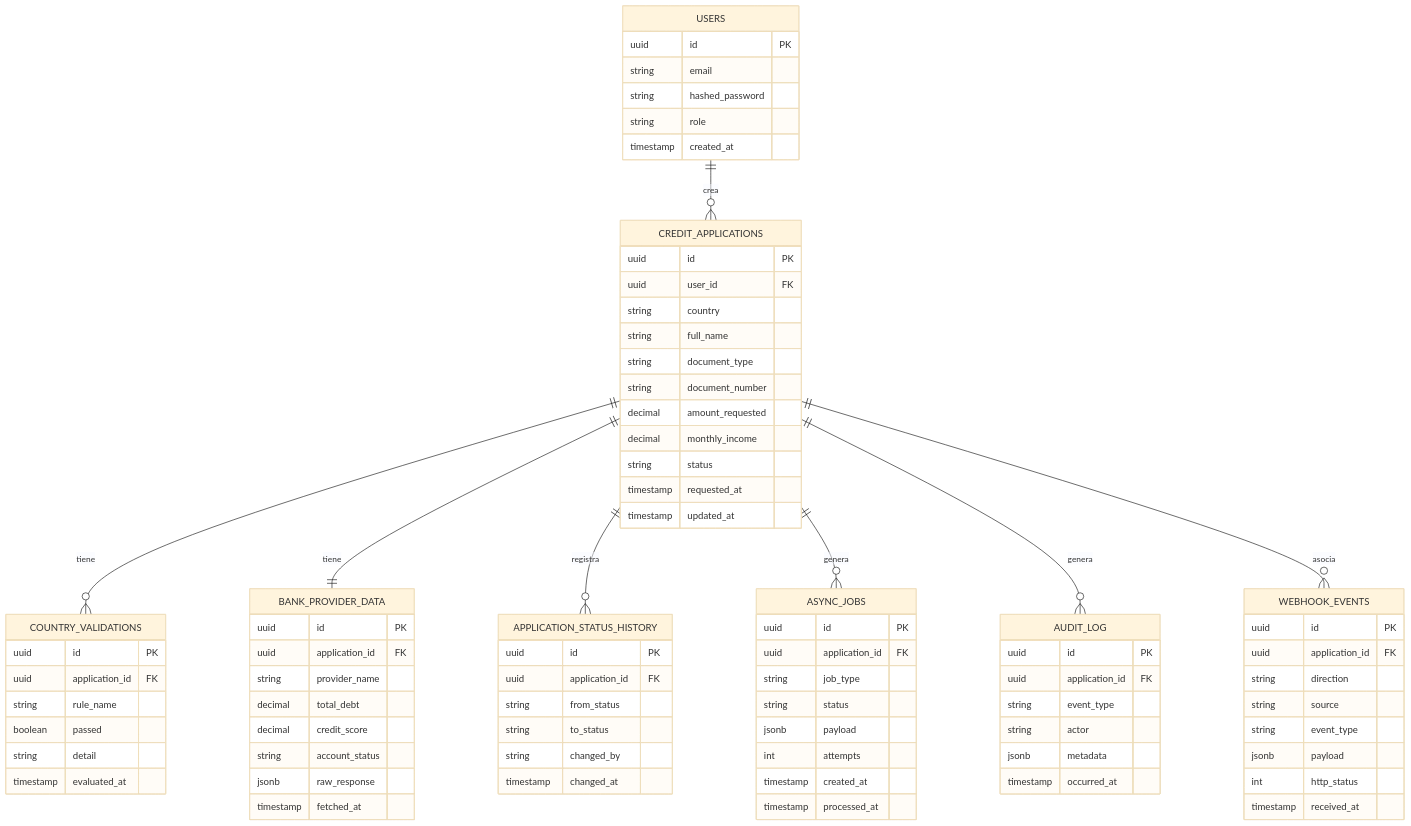
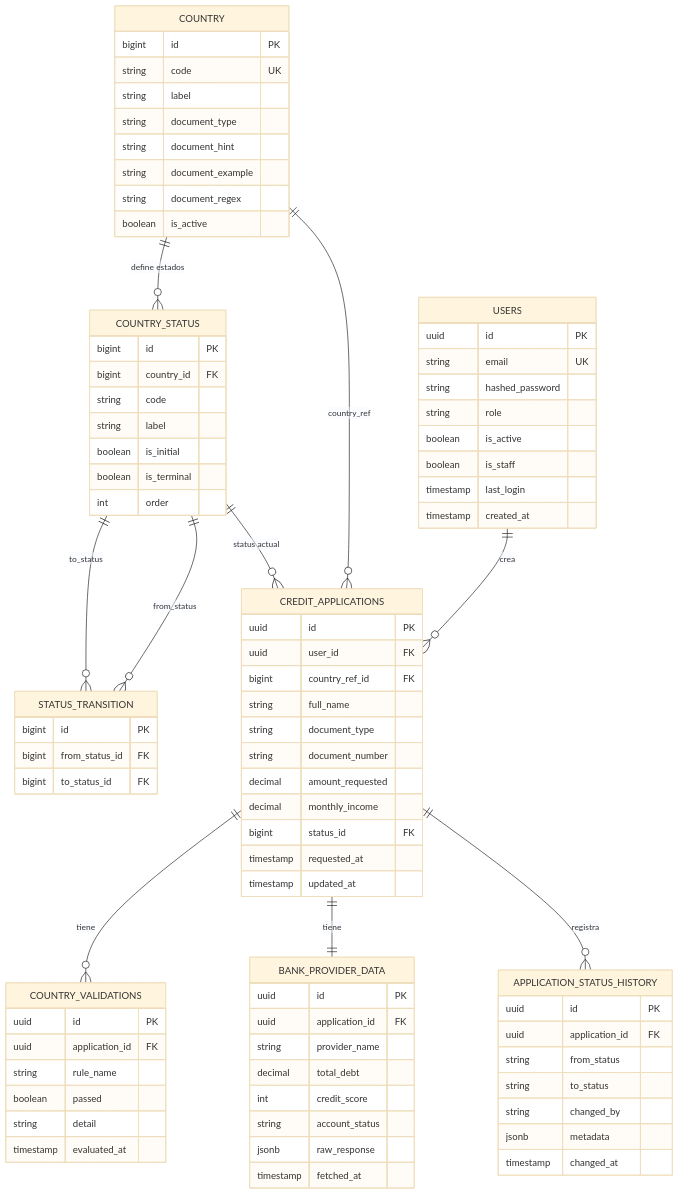
One commit to Branyoe/multi-country_fintech changed the diagram in docs/database/database.md. Above: the diagram before and after it, drawn with Mermaid (base theme). The commit also changed other lines of this file and 4 other files, not shown here.

First line of the commit message:
docs: refresh state-flow and database diagrams to match current schema

````diff
--- a/docs/database/database.md
+++ b/docs/database/database.md
@@ -7,22 +7,52 @@
 
     USERS {
         uuid id PK
-        string email
+        string email UK
         string hashed_password
         string role
+        boolean is_active
+        boolean is_staff
+        timestamp last_login
         timestamp created_at
+    }
+
+    COUNTRY {
+        bigint id PK
+        string code UK
+        string label
+        string document_type
+        string document_hint
+        string document_example
+        string document_regex
+        boolean is_active
+    }
+
+    COUNTRY_STATUS {
+        bigint id PK
+        bigint country_id FK
+        string code
+        string label
+        boolean is_initial
+        boolean is_terminal
+        int order
+    }
+
+    STATUS_TRANSITION {
+        bigint id PK
+        bigint from_status_id FK
+        bigint to_status_id FK
     }
 
     CREDIT_APPLICATIONS {
         uuid id PK
         uuid user_id FK
-        string country
+        bigint country_ref_id FK
         string full_name
         string document_type
         string document_number
         decimal amount_requested
         decimal monthly_income
-        string status
+        bigint status_id FK
         timestamp requested_at
         timestamp updated_at
     }
@@ -41,7 +71,7 @@
         uuid application_id FK
         string provider_name
         decimal total_debt
-        decimal credit_score
+        int credit_score
         string account_status
         jsonb raw_response
         timestamp fetched_at
@@ -53,45 +83,17 @@
         string from_status
         string to_status
         string changed_by
+        jsonb metadata
         timestamp changed_at
     }
 
-    ASYNC_JOBS {
-        uuid id PK
-        uuid application_id FK
-        string job_type
-        string status
-        jsonb payload
-        int attempts
-        timestamp created_at
-        timestamp processed_at
-    }
-
-    AUDIT_LOG {
-        uuid id PK
-        uuid application_id FK
-        string event_type
-        string actor
-        jsonb metadata
-        timestamp occurred_at
-    }
-
-    WEBHOOK_EVENTS {
-        uuid id PK
-        uuid application_id FK
-        string direction
-        string source
-        string event_type
-        jsonb payload
-        int http_status
-        timestamp received_at
-    }
-
     USERS ||--o{ CREDIT_APPLICATIONS : "crea"
+    COUNTRY ||--o{ COUNTRY_STATUS : "define estados"
+    COUNTRY_STATUS ||--o{ STATUS_TRANSITION : "from_status"
+    COUNTRY_STATUS ||--o{ STATUS_TRANSITION : "to_status"
+    COUNTRY ||--o{ CREDIT_APPLICATIONS : "country_ref"
+    COUNTRY_STATUS ||--o{ CREDIT_APPLICATIONS : "status actual"
     CREDIT_APPLICATIONS ||--o{ COUNTRY_VALIDATIONS : "tiene"
     CREDIT_APPLICATIONS ||--|| BANK_PROVIDER_DATA : "tiene"
     CREDIT_APPLICATIONS ||--o{ APPLICATION_STATUS_HISTORY : "registra"
-    CREDIT_APPLICATIONS ||--o{ ASYNC_JOBS : "genera"
-    CREDIT_APPLICATIONS ||--o{ AUDIT_LOG : "genera"
-    CREDIT_APPLICATIONS ||--o{ WEBHOOK_EVENTS : "asocia"
 ```
````
